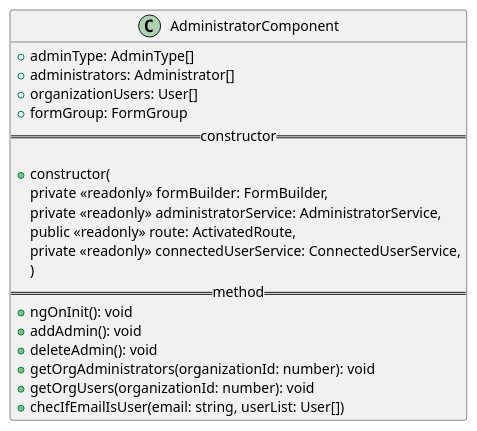
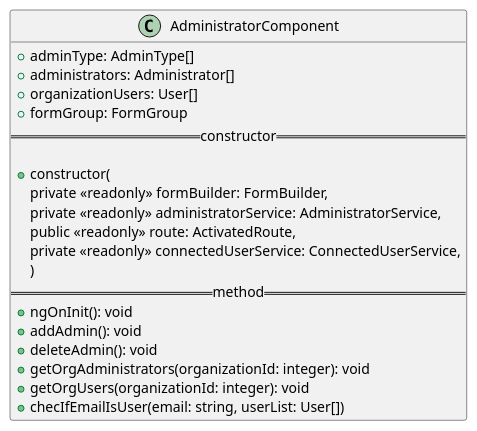
One commit to GruppOne/stalker-web-app changed the diagram in docs/diagrams/view/components/administratorcomponent.pu. Above: the diagram before and after it, drawn with PlantUML. The commit also changed 22 other files, not shown here.

Commit message:
docs: improve class diagrams, add allegato tecnico structure

```diff
--- a/docs/diagrams/view/components/administratorcomponent.pu
+++ b/docs/diagrams/view/components/administratorcomponent.pu
@@ -1,23 +1,23 @@
 @startuml AdministratorComponent Diagram
 class AdministratorComponent {
   + adminType: AdminType[]
   + administrators: Administrator[]
   + organizationUsers: User[]
   + formGroup: FormGroup
   == constructor ==
 
   + constructor(
     private <<readonly>> formBuilder: FormBuilder,
     private <<readonly>> administratorService: AdministratorService,
     public <<readonly>> route: ActivatedRoute,
     private <<readonly>> connectedUserService: ConnectedUserService,
   )
   == method ==
   + ngOnInit(): void
   + addAdmin(): void
   + deleteAdmin(): void
-  + getOrgAdministrators(organizationId: number): void
-  + getOrgUsers(organizationId: number): void
+  + getOrgAdministrators(organizationId: integer): void
+  + getOrgUsers(organizationId: integer): void
   + checIfEmailIsUser(email: string, userList: User[])
 }
 @enduml
```
